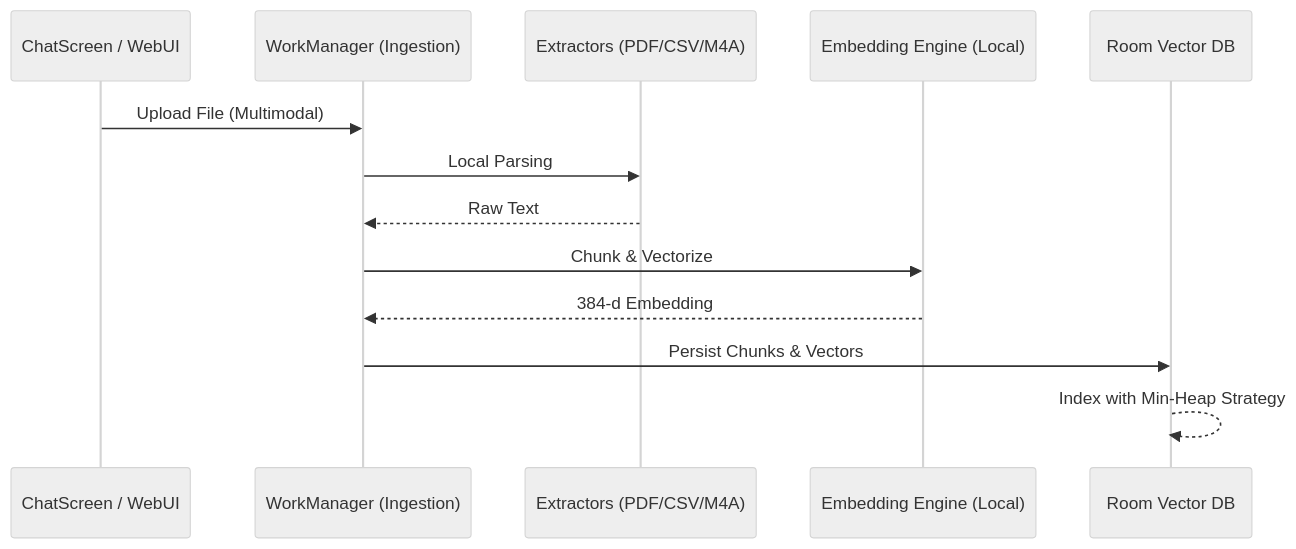
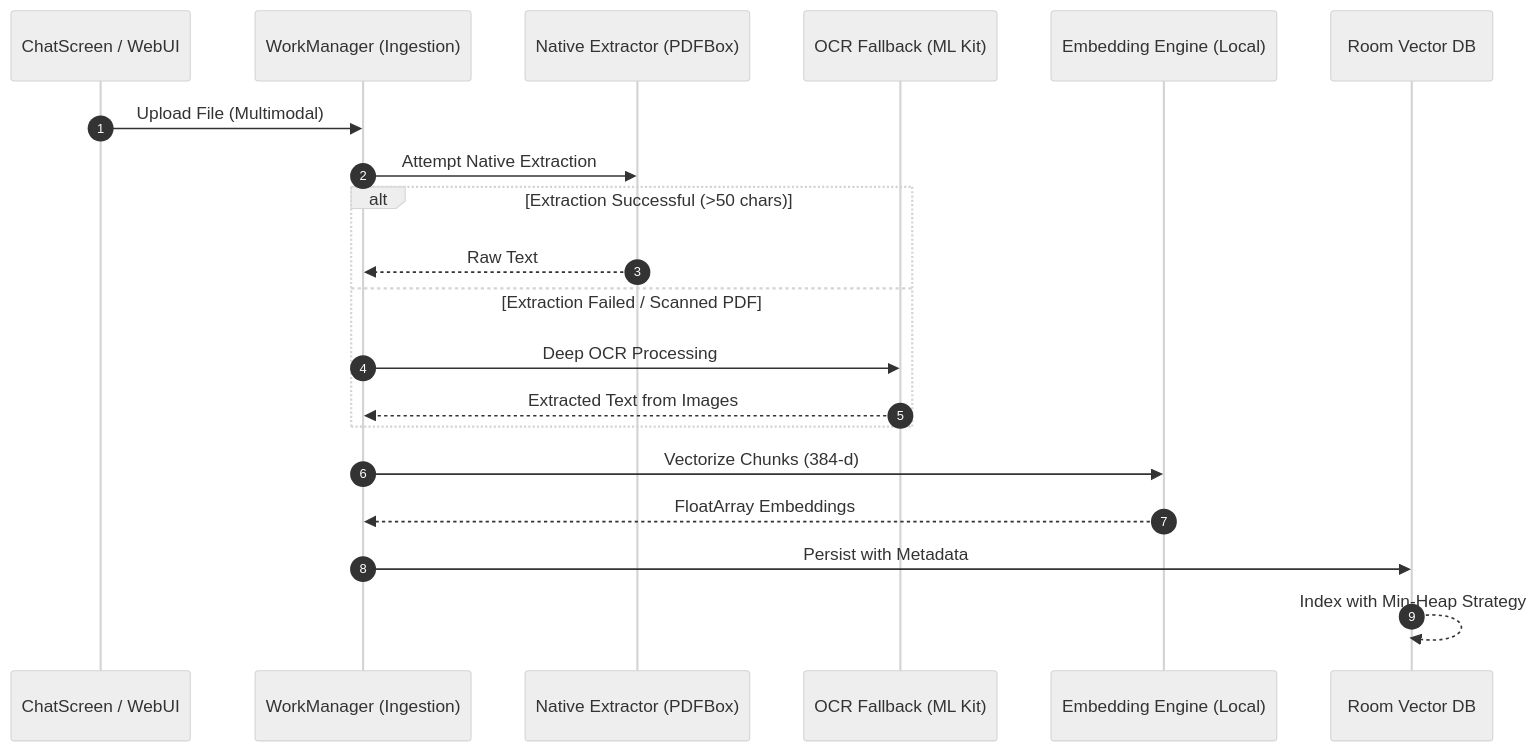
One commit to kallolchakraborty/Chhanda-AI changed the first of 2 diagrams in HACKATHON_SUBMISSION.md. Above: the diagram before and after it, drawn with Mermaid (neutral theme). The commit also changed other lines of this file and 2 other files, not shown here.

Commit message:
Docs: Extensively updated README, MANUAL, and HACKATHON_SUBMISSION with hardened architecture and detailed diagrams

````diff
--- a/HACKATHON_SUBMISSION.md
+++ b/HACKATHON_SUBMISSION.md
@@ -88,16 +93,23 @@
 ```mermaid
 sequenceDiagram
+    autonumber
     participant UI as ChatScreen / WebUI
     participant WM as WorkManager (Ingestion)
-    participant EXT as Extractors (PDF/CSV/M4A)
+    participant EXT as Native Extractor (PDFBox)
+    participant OCR as OCR Fallback (ML Kit)
     participant EE as Embedding Engine (Local)
     participant DB as Room Vector DB
     
     UI->>WM: Upload File (Multimodal)
-    WM->>EXT: Local Parsing
-    EXT-->>WM: Raw Text
-    WM->>EE: Chunk & Vectorize
-    EE-->>WM: 384-d Embedding
-    WM->>DB: Persist Chunks & Vectors
+    WM->>EXT: Attempt Native Extraction
+    alt Extraction Successful (>50 chars)
+        EXT-->>WM: Raw Text
+    else Extraction Failed / Scanned PDF
+        WM->>OCR: Deep OCR Processing
+        OCR-->>WM: Extracted Text from Images
+    end
+    WM->>EE: Vectorize Chunks (384-d)
+    EE-->>WM: FloatArray Embeddings
+    WM->>DB: Persist with Metadata
     DB-->>DB: Index with Min-Heap Strategy
 ```
````
